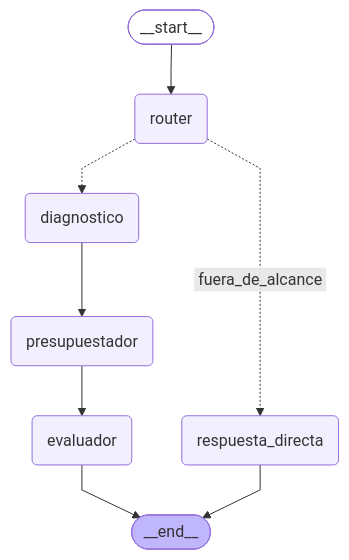
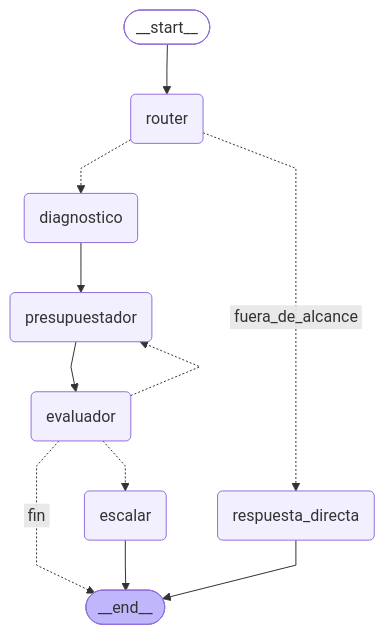
Before and after one commit to Seropeto/toxiro-taller-langgraph: the diagram in docs/grafo.mmd, drawn with Mermaid. The commit also changed 22 other files, not shown here.

```diff
--- a/docs/grafo.mmd
+++ b/docs/grafo.mmd
@@ -1,23 +1,27 @@
 ---
 config:
   flowchart:
     curve: linear
 ---
 graph TD;
 	__start__([<p>__start__</p>]):::first
 	router(router)
 	diagnostico(diagnostico)
 	presupuestador(presupuestador)
 	evaluador(evaluador)
+	escalar(escalar)
 	respuesta_directa(respuesta_directa)
 	__end__([<p>__end__</p>]):::last
 	__start__ --> router;
 	diagnostico --> presupuestador;
+	evaluador -. &nbsp;fin&nbsp; .-> __end__;
+	evaluador -.-> escalar;
+	evaluador -.-> presupuestador;
 	presupuestador --> evaluador;
 	router -.-> diagnostico;
 	router -. &nbsp;fuera_de_alcance&nbsp; .-> respuesta_directa;
-	evaluador --> __end__;
+	escalar --> __end__;
 	respuesta_directa --> __end__;
 	classDef default fill:#f2f0ff,line-height:1.2
 	classDef first fill-opacity:0
 	classDef last fill:#bfb6fc
```
